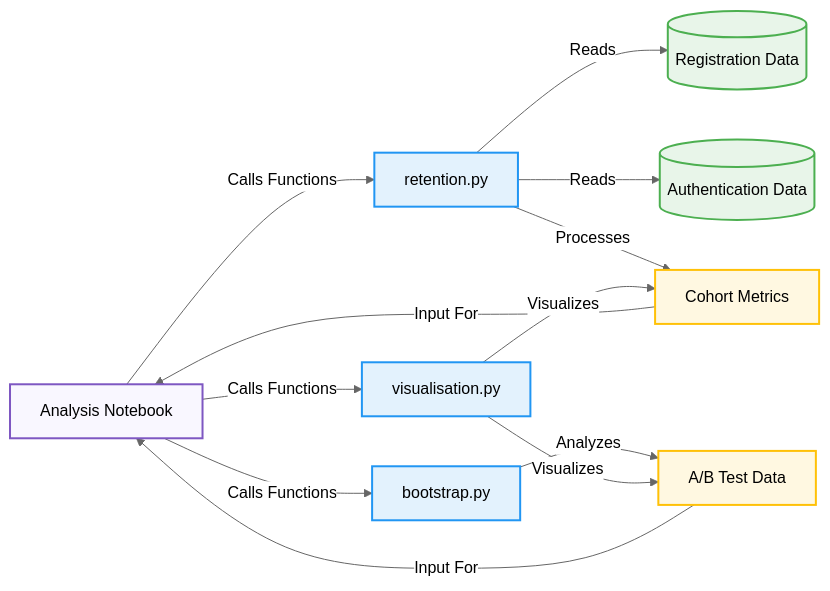
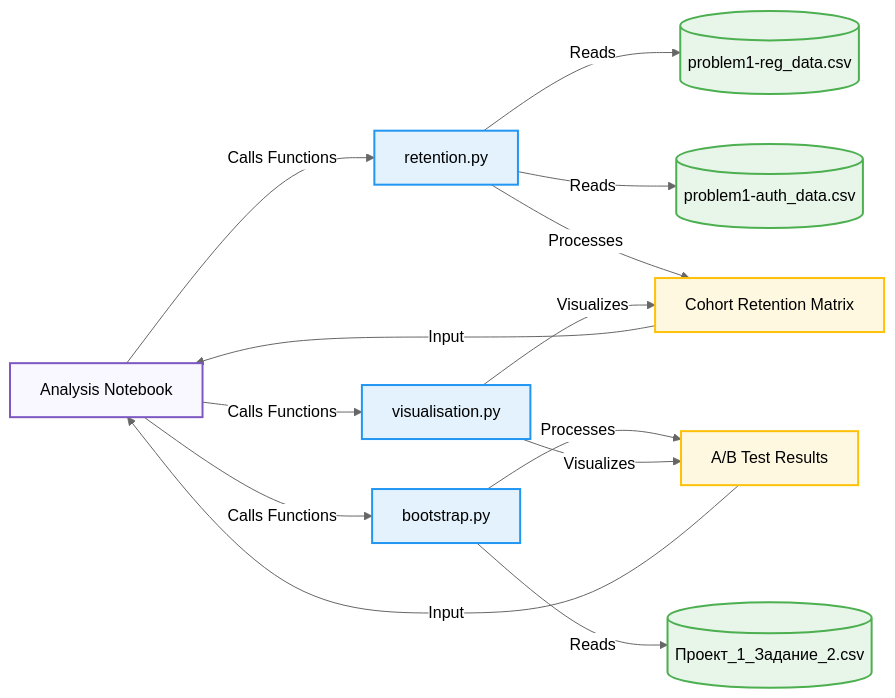
The third of 6 diagrams in README.md (AleksandrVinnik/Cohort_Retention_and_Poisson_Bootstrap), drawn with Mermaid (neutral theme) before and after one commit. The commit also changed other lines of this file, not shown here.

Commit message:
Readme file has been updated

````diff
--- a/README.md
+++ b/README.md
@@ -188,23 +189,28 @@
 ```mermaid
 graph LR
     A[Analysis Notebook] -->|Calls Functions| B[retention.py]
     A -->|Calls Functions| C[visualisation.py]
     A -->|Calls Functions| D[bootstrap.py]
-    B -->|Reads| E[(Registration Data)]
-    B -->|Reads| F[(Authentication Data)]
-    B -->|Processes| G[Cohort Metrics]
-    D -->|Analyzes| H[A/B Test Data]
+    
+    B -->|Reads| E[(problem1-reg_data.csv)]
+    B -->|Reads| F[(problem1-auth_data.csv)]
+    B -->|Processes| G[Cohort Retention Matrix]
+    
+    D -->|Reads| H[(Проект_1_Задание_2.csv)]
+    D -->|Processes| I[A/B Test Results]
+    
     C -->|Visualizes| G
-    C -->|Visualizes| H
-    G -->|Input For| A
-    H -->|Input For| A
+    C -->|Visualizes| I
+    
+    G -->|Input| A
+    I -->|Input| A
 
     classDef notebook fill:#f9f7ff,stroke:#7e57c2,stroke-width:2px;
     classDef module fill:#e3f2fd,stroke:#2196f3,stroke-width:2px;
     classDef data fill:#e8f5e9,stroke:#4caf50,stroke-width:2px;
     classDef output fill:#fff8e1,stroke:#ffc107,stroke-width:2px;
     class A notebook;
     class B,C,D module;
-    class E,F data;
-    class G,H output;
+    class E,F,H data;
+    class G,I output;
 ```
````
